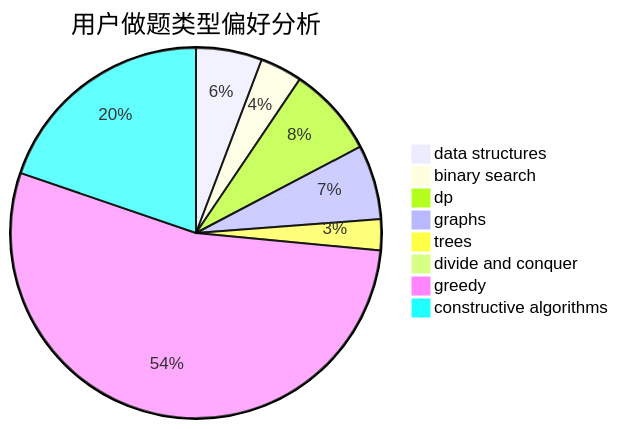
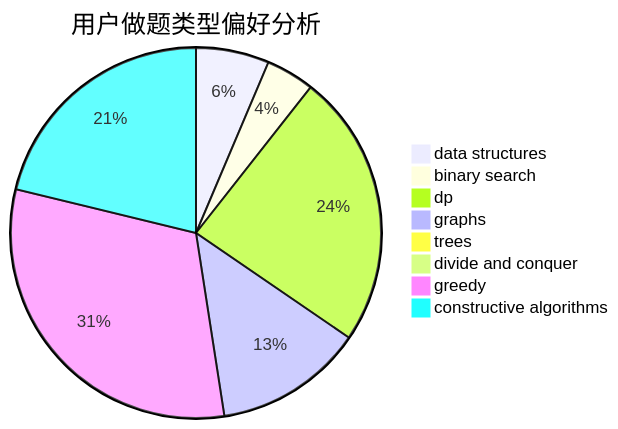
The second of 3 diagrams in docs/user/u1876.md (sherpahu/cfrs.github.io), drawn with Mermaid before and after one commit. The commit also changed other lines of this file and 2770 other files, not shown here.

````diff
--- a/docs/user/u1876.md
+++ b/docs/user/u1876.md
@@ -23,11 +23,11 @@
 ```mermaid
 pie title 用户做题类型偏好分析
-    "data structures" :  47
-    "binary search" :  30
-    "dp" :  64
-    "graphs" :  53
-    "trees" :  22
+    "data structures" :  56
+    "binary search" :  37
+    "dp" :  210
+    "graphs" :  114
+    "trees" :  8
     "divide and conquer" :  0
-    "greedy" :  438
-    "constructive algorithms" :  161
+    "greedy" :  274
+    "constructive algorithms" :  186
 ```
````
